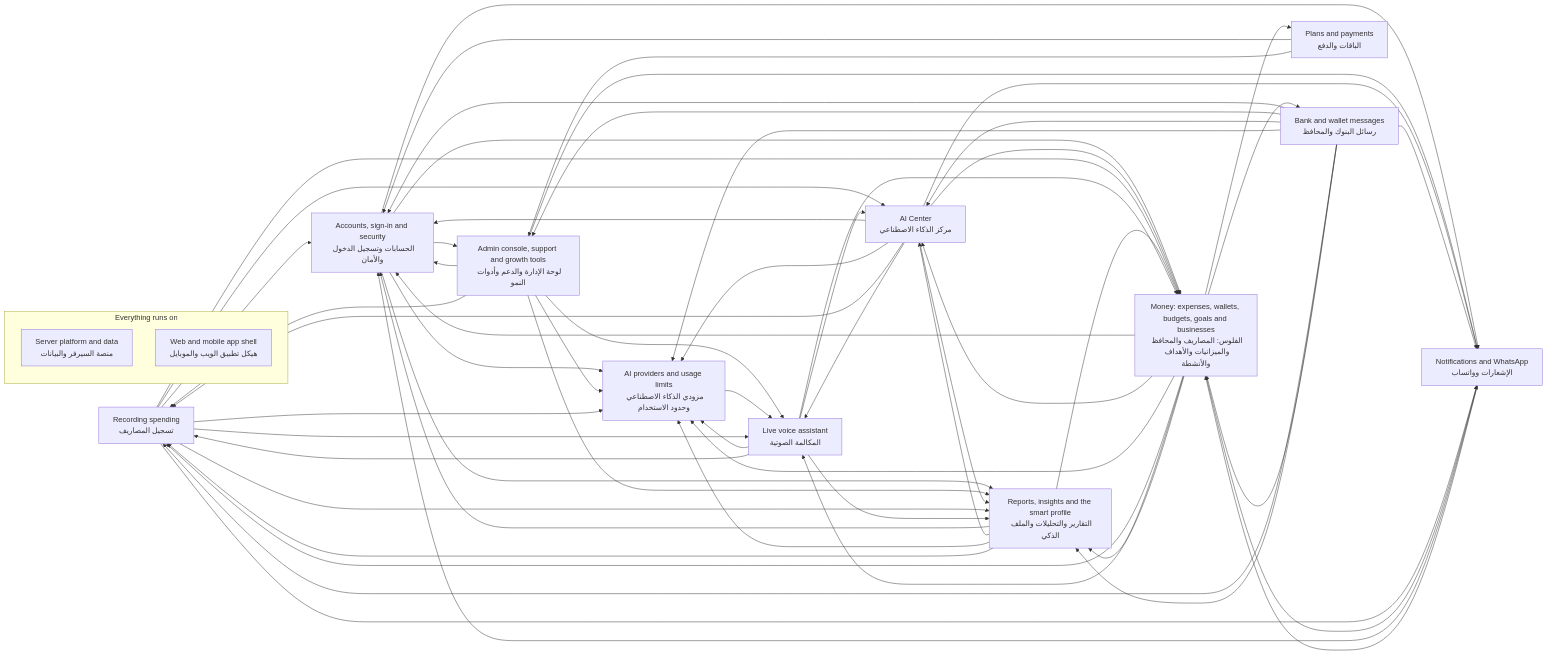
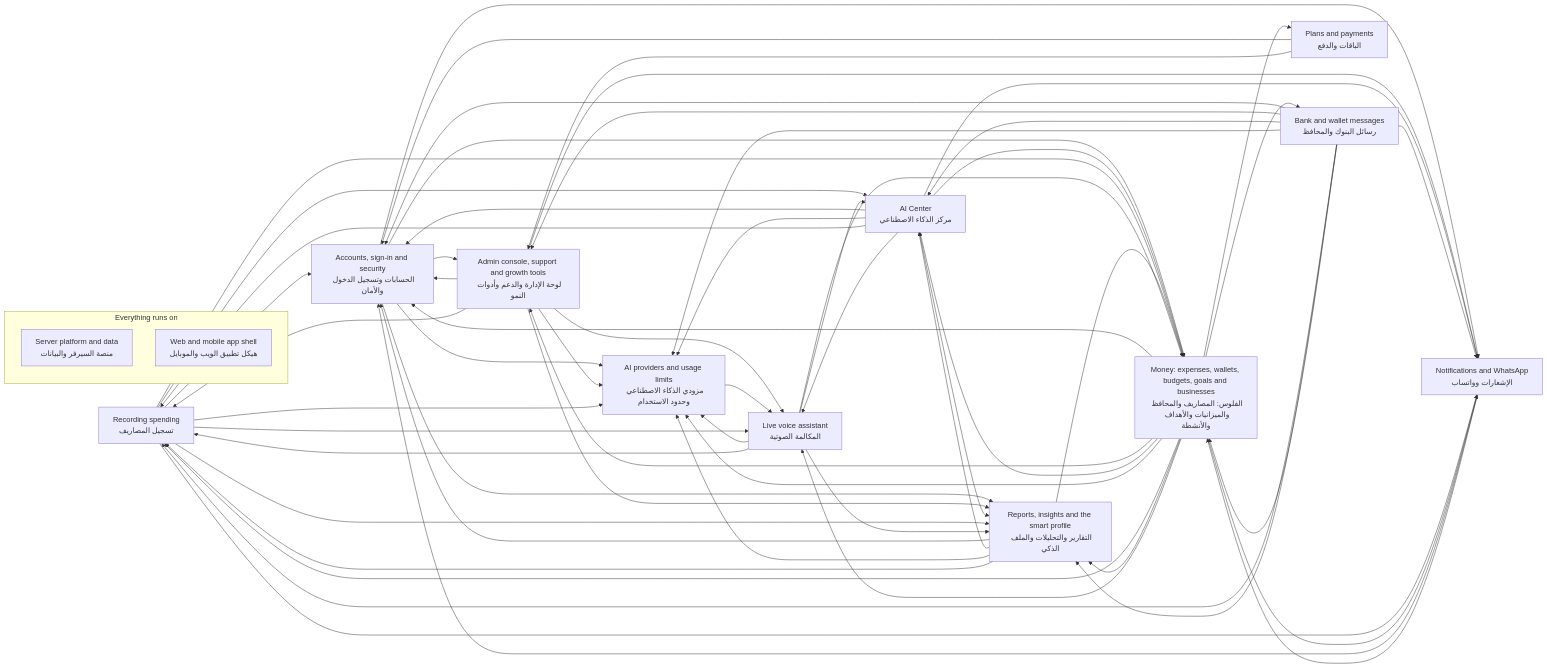
One commit to mahmoudtaherr111/smartspend_mini_all changed the diagram in docs/atlas/systems/README.md. Above: the diagram before and after it, drawn with Mermaid. The commit also changed other lines of this file and 70 other files, not shown here.

````diff
--- a/docs/atlas/systems/README.md
+++ b/docs/atlas/systems/README.md
@@ -15,75 +15,76 @@
 ```mermaid
 flowchart LR
   sys_expense_capture["Recording spending<br/>تسجيل المصاريف"]
   sys_bank_messages["Bank and wallet messages<br/>رسائل البنوك والمحافظ"]
   sys_voice_calls["Live voice assistant<br/>المكالمة الصوتية"]
   sys_ai_center["AI Center<br/>مركز الذكاء الاصطناعي"]
   sys_insights["Reports, insights and the smart profile<br/>التقارير والتحليلات والملف الذكي"]
   sys_money["Money: expenses, wallets, budgets, goals and businesses<br/>الفلوس: المصاريف والمحافظ والميزانيات والأهداف والأنشطة"]
   sys_accounts["Accounts, sign-in and security<br/>الحسابات وتسجيل الدخول والأمان"]
   sys_billing["Plans and payments<br/>الباقات والدفع"]
   sys_notifications["Notifications and WhatsApp<br/>الإشعارات وواتساب"]
   sys_admin["Admin console, support and growth tools<br/>لوحة الإدارة والدعم وأدوات النمو"]
   sys_ai_platform["AI providers and usage limits<br/>مزودي الذكاء الاصطناعي وحدود الاستخدام"]
   subgraph g_foundation["Everything runs on"]
     sys_platform["Server platform and data<br/>منصة السيرفر والبيانات"]
     sys_web_app["Web and mobile app shell<br/>هيكل تطبيق الويب والموبايل"]
   end
   sys_accounts --> sys_admin
   sys_accounts --> sys_ai_platform
   sys_accounts --> sys_insights
   sys_accounts --> sys_money
   sys_accounts --> sys_notifications
   sys_admin --> sys_accounts
   sys_admin --> sys_ai_platform
   sys_admin --> sys_expense_capture
   sys_admin --> sys_insights
   sys_admin --> sys_notifications
   sys_admin --> sys_voice_calls
   sys_ai_center --> sys_accounts
   sys_ai_center --> sys_ai_platform
   sys_ai_center --> sys_expense_capture
   sys_ai_center --> sys_insights
   sys_ai_center --> sys_money
   sys_ai_center --> sys_notifications
   sys_ai_center --> sys_voice_calls
   sys_ai_platform --> sys_voice_calls
   sys_bank_messages --> sys_accounts
   sys_bank_messages --> sys_admin
   sys_bank_messages --> sys_ai_center
   sys_bank_messages --> sys_ai_platform
   sys_bank_messages --> sys_expense_capture
   sys_bank_messages --> sys_insights
   sys_bank_messages --> sys_money
   sys_bank_messages --> sys_notifications
   sys_billing --> sys_accounts
   sys_billing --> sys_admin
   sys_expense_capture --> sys_accounts
   sys_expense_capture --> sys_ai_center
   sys_expense_capture --> sys_ai_platform
   sys_expense_capture --> sys_insights
   sys_expense_capture --> sys_money
   sys_expense_capture --> sys_notifications
   sys_expense_capture --> sys_voice_calls
   sys_insights --> sys_accounts
   sys_insights --> sys_ai_center
   sys_insights --> sys_ai_platform
   sys_insights --> sys_expense_capture
   sys_insights --> sys_money
   sys_money --> sys_accounts
+  sys_money --> sys_admin
   sys_money --> sys_ai_center
   sys_money --> sys_ai_platform
   sys_money --> sys_bank_messages
   sys_money --> sys_billing
   sys_money --> sys_expense_capture
   sys_money --> sys_insights
   sys_money --> sys_notifications
   sys_money --> sys_voice_calls
   sys_notifications --> sys_accounts
   sys_notifications --> sys_money
   sys_voice_calls --> sys_ai_center
   sys_voice_calls --> sys_ai_platform
   sys_voice_calls --> sys_expense_capture
   sys_voice_calls --> sys_insights
   sys_voice_calls --> sys_money
 ```
````
